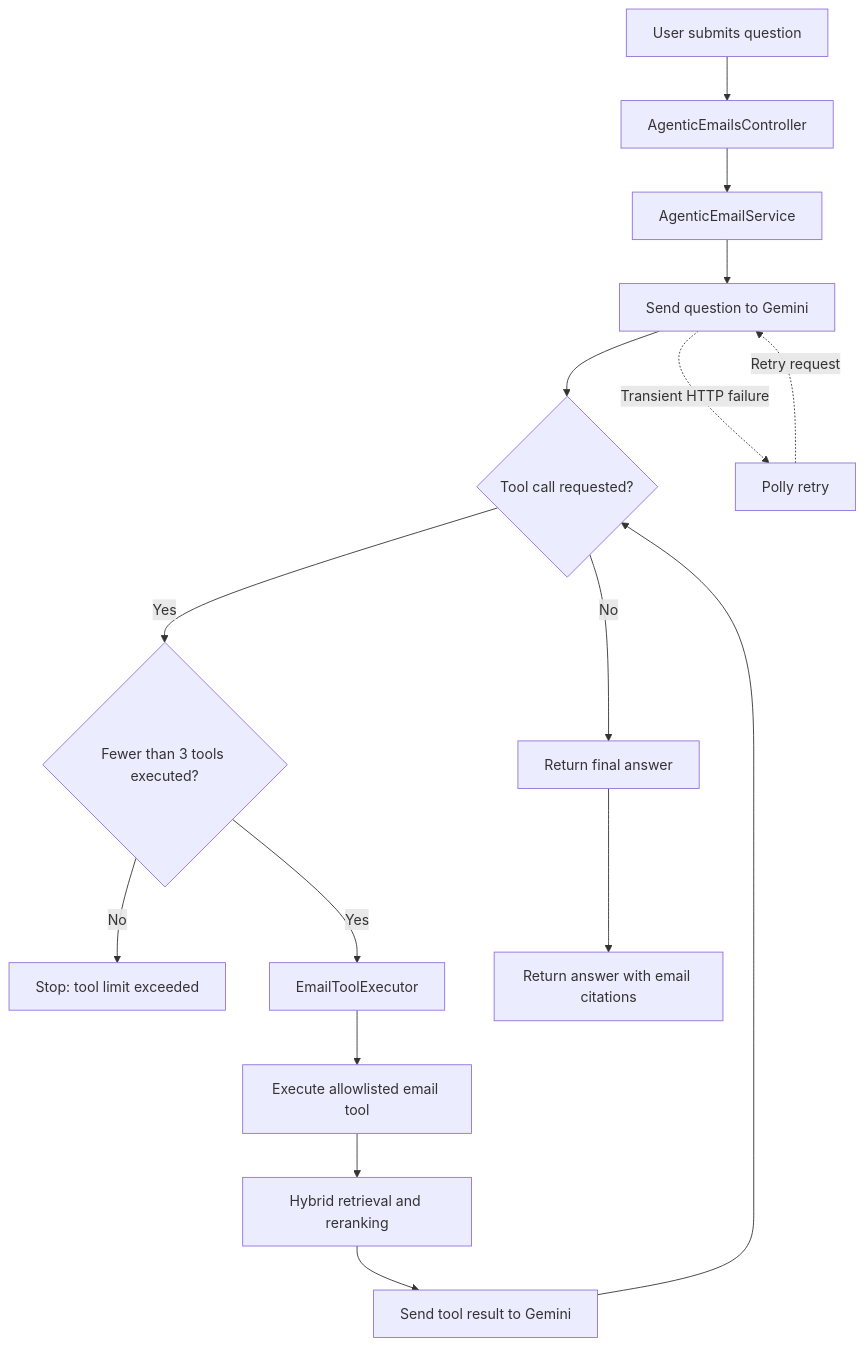
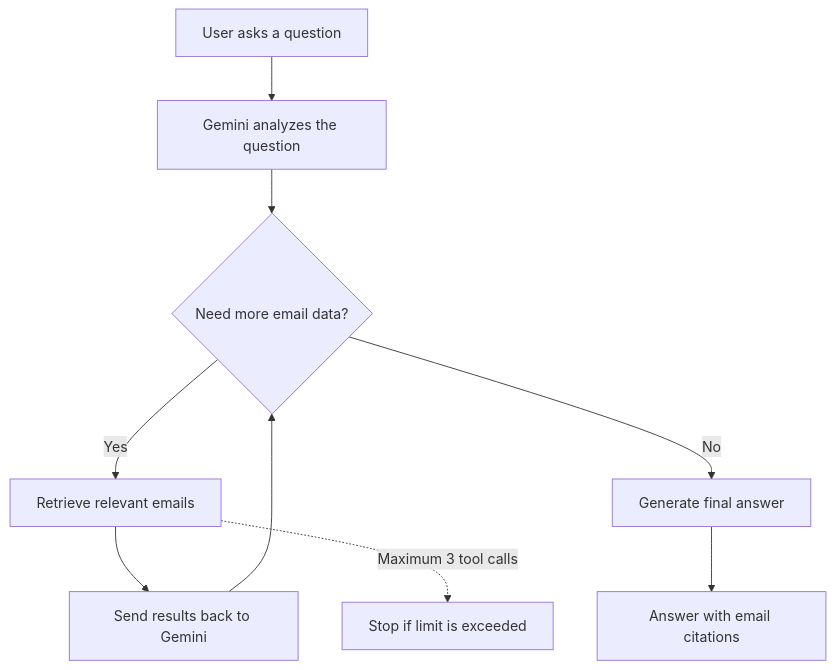
One commit to jaheer2322/InboxIntelligence changed the diagram in README.md. Above: the diagram before and after it, drawn with Mermaid. The commit also changed other lines of this file, not shown here.

Commit message:
Revise V2 Retrieval Flow for clarity
Updated the V2 Retrieval Flow section to clarify the process and improve readability.

````diff
--- a/README.md
+++ b/README.md
@@ -11,23 +11,12 @@
 ```mermaid
 flowchart TD
-    A[User submits question] --> B[AgenticEmailsController]
-    B --> C[AgenticEmailService]
-    C --> D[Send question to Gemini]
-
-    D --> E{Tool call requested?}
-    E -- No --> F[Return final answer]
-    E -- Yes --> G{Fewer than 3 tools executed?}
-
-    G -- No --> H[Stop: tool limit exceeded]
-    G -- Yes --> I[EmailToolExecutor]
-
-    I --> J[Execute allowlisted email tool]
-    J --> K[Hybrid retrieval and reranking]
-    K --> L[Send tool result to Gemini]
-    L --> E
-
-    F --> M[Return answer with email citations]
-
-    D -. Transient HTTP failure .-> N[Polly retry]
-    N -. Retry request .-> D
+    A[User asks a question] --> B[Gemini analyzes the question]
+    B --> C{Need more email data?}
+    C -- Yes --> D[Retrieve relevant emails]
+    D --> E[Send results back to Gemini]
+    E --> C
+    C -- No --> F[Generate final answer]
+    F --> G[Answer with email citations]
+    
+    D -. Maximum 3 tool calls .-> H[Stop if limit is exceeded]
 ```
````
